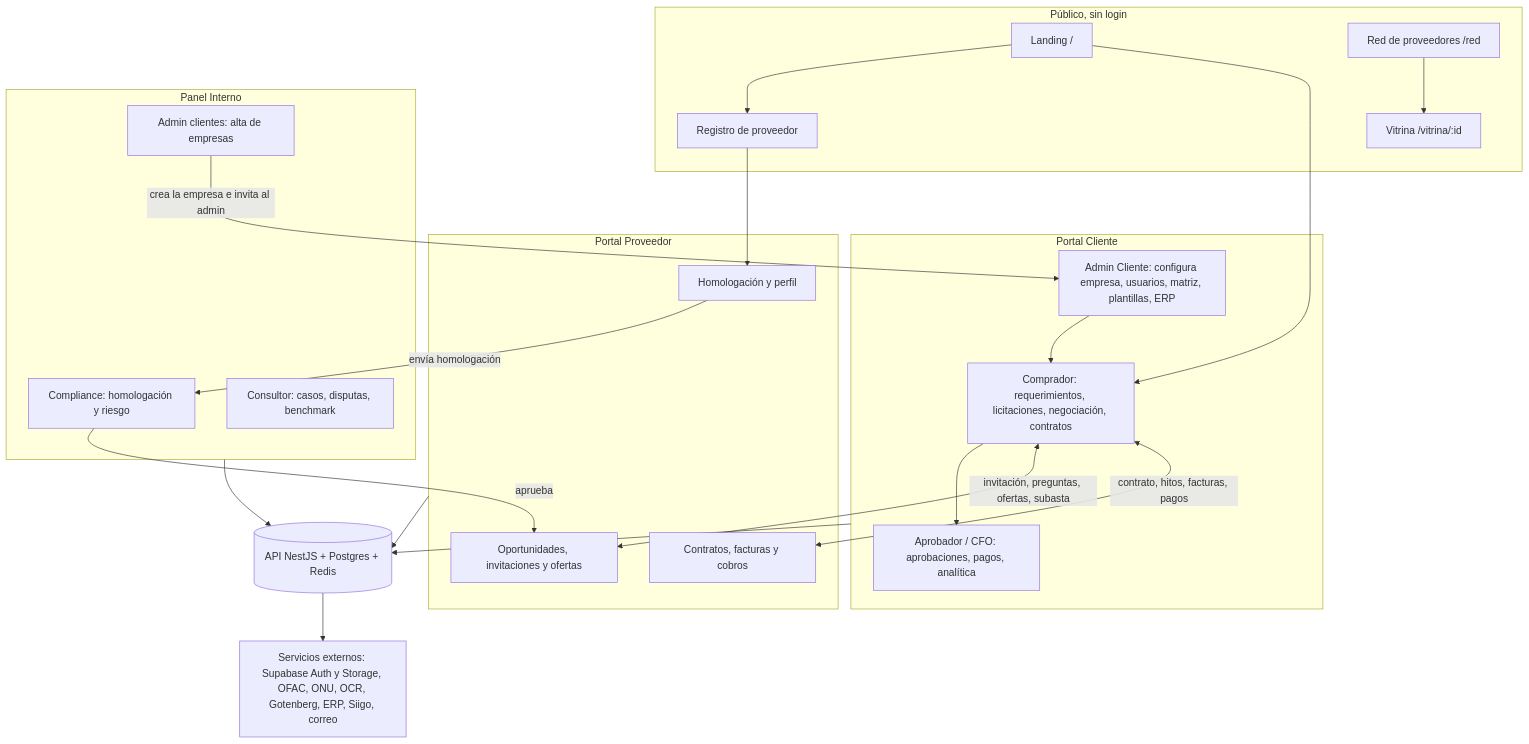
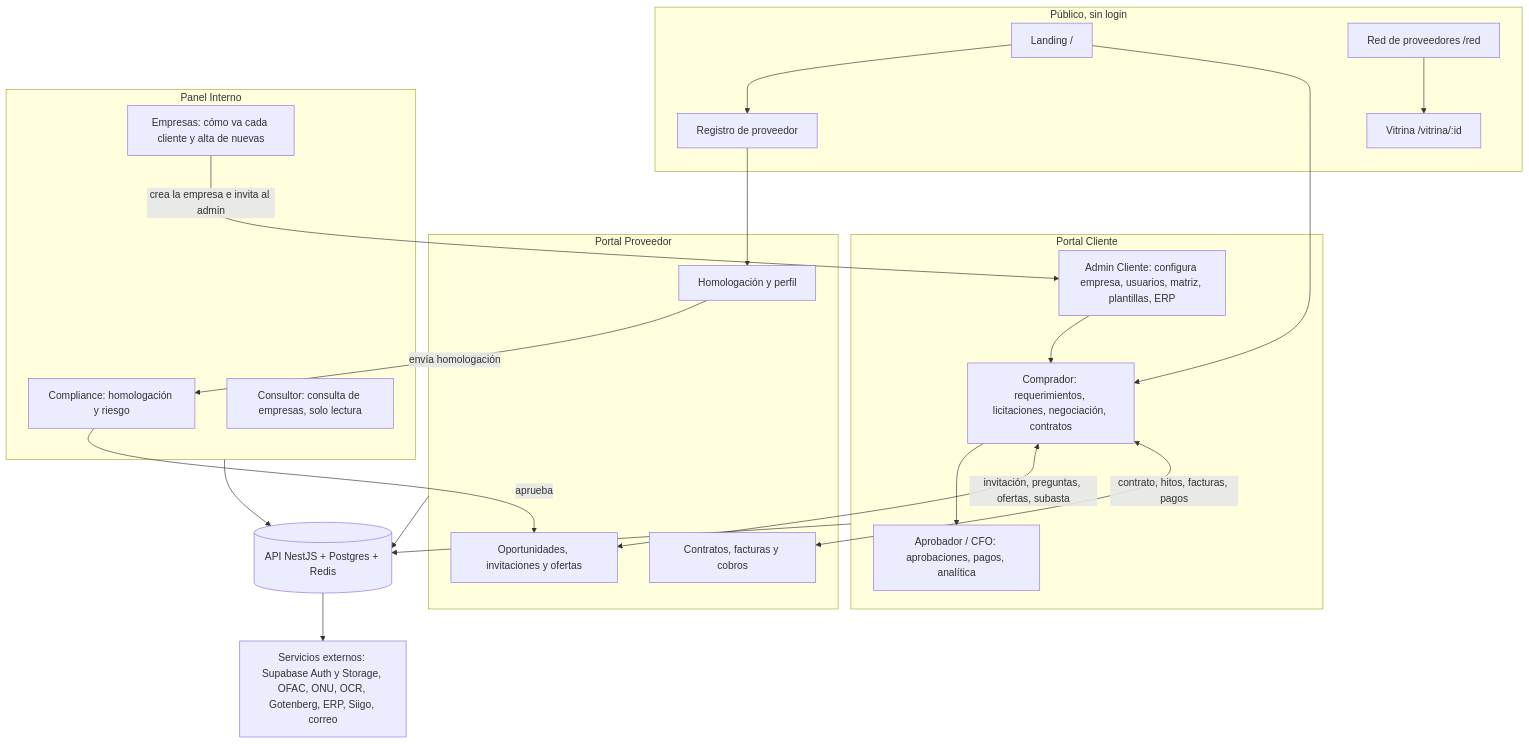
One commit to johnalecc21/bolt_pro changed the first of 34 diagrams in docs/DIAGRAMAS-FLUJO.md. Above: the diagram before and after it, drawn with Mermaid. The commit also changed other lines of this file and 35 other files, not shown here.

First line of the commit message:
Quitar disputas; panel interno solo para empresas y homologación

````diff
--- a/docs/DIAGRAMAS-FLUJO.md
+++ b/docs/DIAGRAMAS-FLUJO.md
@@ -38,37 +38,37 @@
 ```mermaid
 flowchart TD
     subgraph PUB["Público, sin login"]
         L["Landing /"]
         RED["Red de proveedores /red"]
         VIT["Vitrina /vitrina/:id"]
         REG["Registro de proveedor"]
     end
     subgraph CLI["Portal Cliente"]
         C1["Admin Cliente: configura empresa, usuarios, matriz, plantillas, ERP"]
         C2["Comprador: requerimientos, licitaciones, negociación, contratos"]
         C3["Aprobador / CFO: aprobaciones, pagos, analítica"]
     end
     subgraph PRO["Portal Proveedor"]
         P1["Homologación y perfil"]
         P2["Oportunidades, invitaciones y ofertas"]
         P3["Contratos, facturas y cobros"]
     end
     subgraph INT["Panel Interno"]
         I1["Compliance: homologación y riesgo"]
-        I2["Consultor: casos, disputas, benchmark"]
-        I3["Admin clientes: alta de empresas"]
+        I2["Consultor: consulta de empresas, solo lectura"]
+        I3["Empresas: cómo va cada cliente y alta de nuevas"]
     end
     API[("API NestJS + Postgres + Redis")]
     EXT["Servicios externos: Supabase Auth y Storage, OFAC, ONU, OCR, Gotenberg, ERP, Siigo, correo"]
 
     L --> REG --> P1
     L --> C2
     RED --> VIT
     I3 -->|"crea la empresa e invita al admin"| C1
     C1 --> C2 --> C3
     P1 -->|"envía homologación"| I1
     I1 -->|"aprueba"| P2
     C2 <-->|"invitación, preguntas, ofertas, subasta"| P2
     C2 <-->|"contrato, hitos, facturas, pagos"| P3
     CLI & PRO & INT --> API --> EXT
 ```
````
